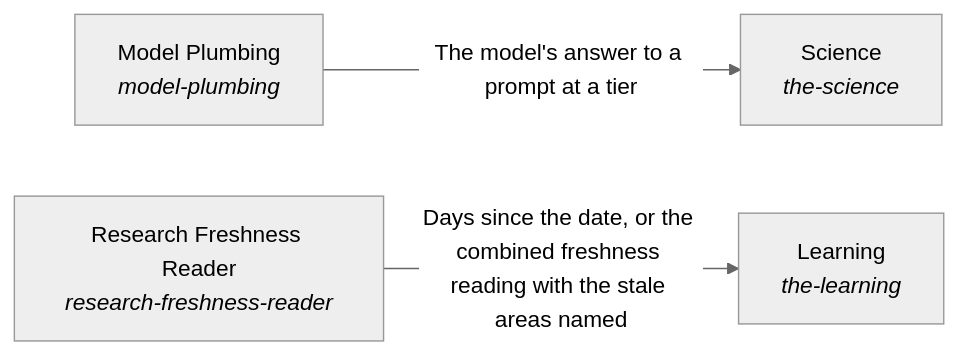
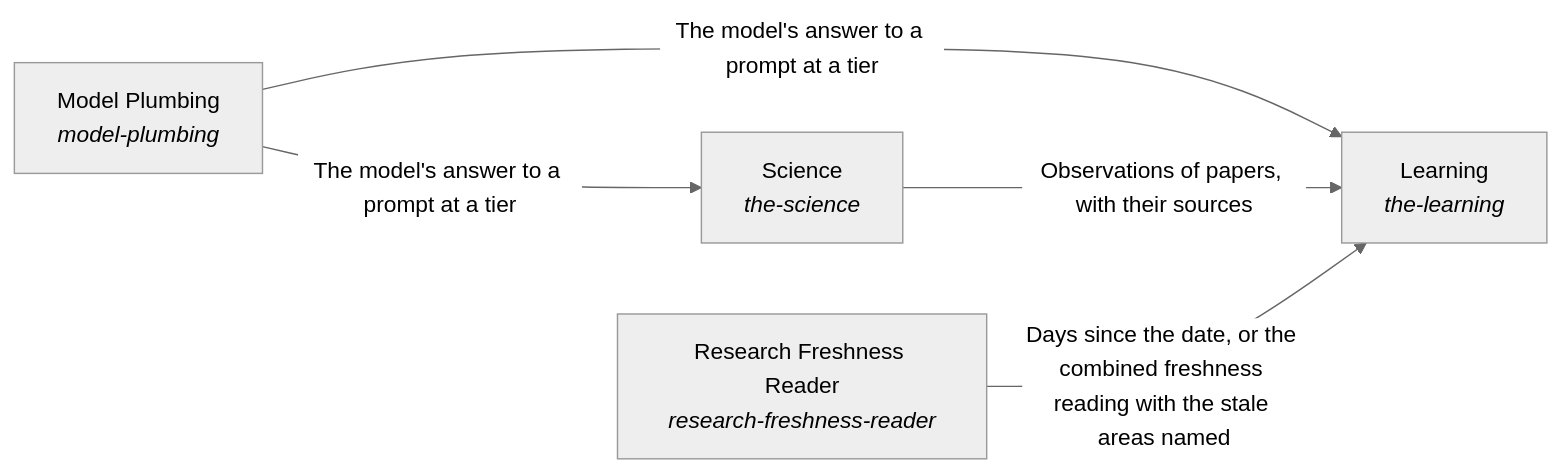
Before and after one commit to SpiritualData/ai-hub-of-hubs-structure: the diagram in hubofhubs/the_world/README.md, drawn with Mermaid (neutral theme). The commit also changed other lines of this file and 74 other files, not shown here.

````diff
--- a/hubofhubs/the_world/README.md
+++ b/hubofhubs/the_world/README.md
@@ -17,9 +17,11 @@
 ```mermaid
 flowchart LR
     s0["Model Plumbing<br/><i>model-plumbing</i>"]
     s1["Science<br/><i>the-science</i>"]
     s2["Learning<br/><i>the-learning</i>"]
     s3["Research Freshness Reader<br/><i>research-freshness-reader</i>"]
     s0 -->|"The model's answer to a prompt at a tier"| s1
+    s0 -->|"The model's answer to a prompt at a tier"| s2
+    s1 -->|"Observations of papers, with their sources"| s2
     s3 -->|"Days since the date, or the combined freshness reading with the stale areas named"| s2
 ```
````
